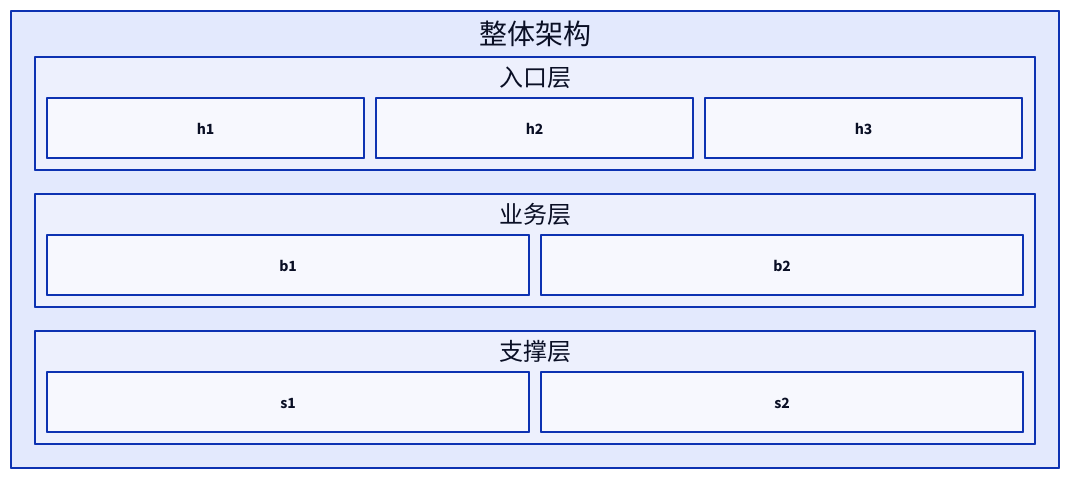
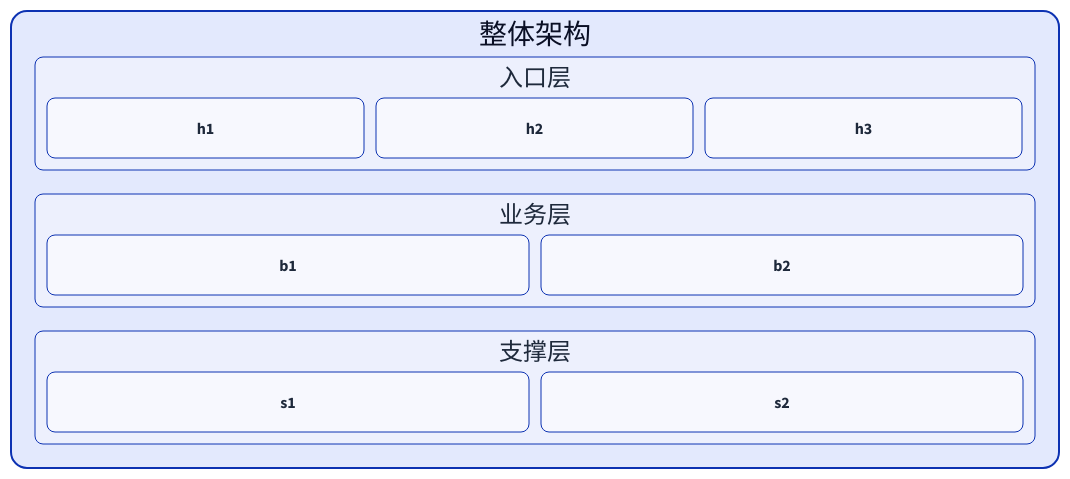
Before and after one commit to syllr/skills: the diagram in skills/c4-container-diagram/SKILL.md, drawn with D2. The commit also changed 35 other files, not shown here.

````diff
--- a/skills/c4-container-diagram/SKILL.md
+++ b/skills/c4-container-diagram/SKILL.md
@@ -206,26 +206,31 @@
 ```d2
 # 最简架构图
 vars: { d2-config: { layout-engine: elk } }
 
 整体架构: {
   grid-rows: 1
   grid-columns: 1
   grid-gap: 24
+  style.border-radius: 16
   入口层: {
     width: 1000; grid-columns: 3; grid-gap: 12; class: module
     h1: { width: 317; height: 60; class: module }
     h2: { width: 317; height: 60; class: module }
     h3: { width: 317; height: 60; class: module }
   }
   业务层: {
     width: 1000; grid-columns: 2; grid-gap: 12; class: module
     b1: { width: 482; height: 60; class: module }
     b2: { width: 482; height: 60; class: module }
   }
   支撑层: {
     width: 1000; grid-columns: 2; grid-gap: 12; class: module
     s1: { width: 482; height: 60; class: module }
     s2: { width: 482; height: 60; class: module }
   }
 }
+
+classes: {
+  module: { style: { border-radius: 8; font-color: "#1e293b"; stroke-width: 1 } }
+}
 ```
````
